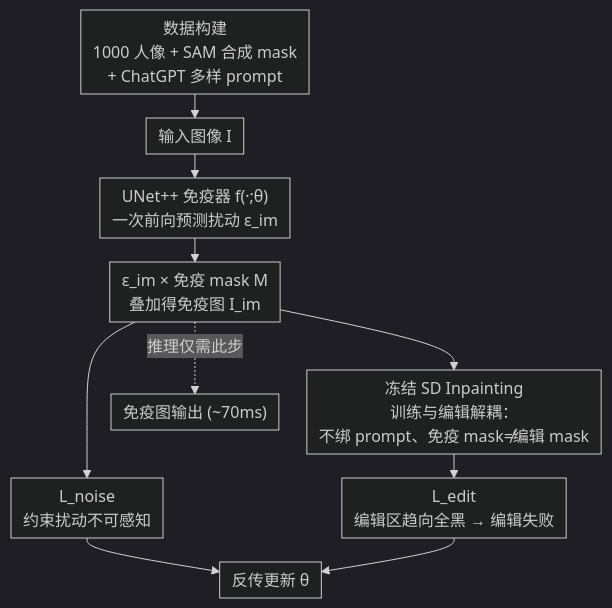
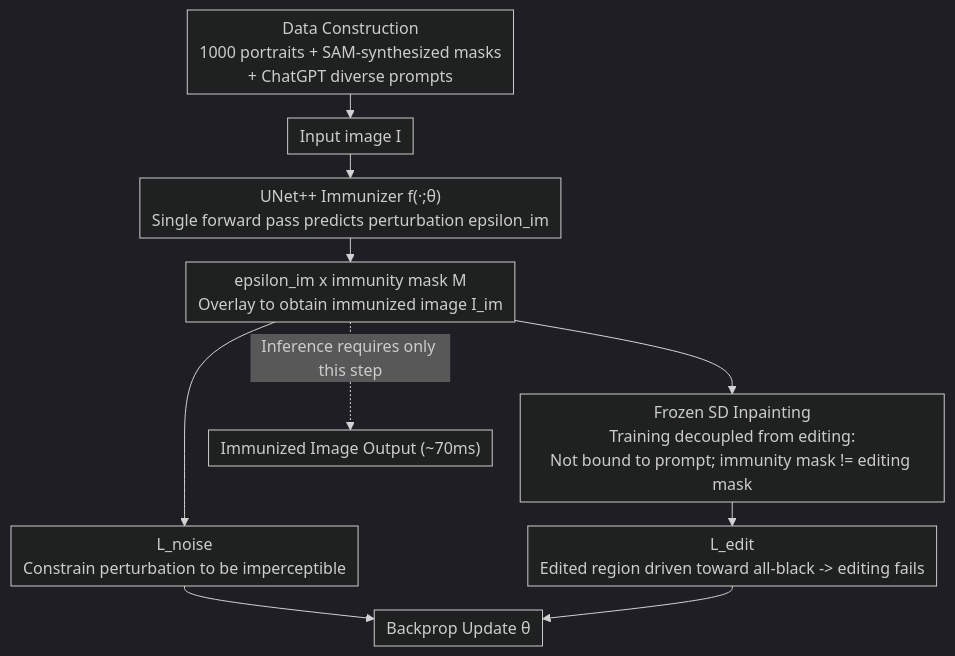
One commit to zhaoyang97/Paper-Notes-en changed the diagram in docs/ICLR2026/model_compression/diffvax_optimization-free_image_immunization_against_diffusion-based_editing.md. Above: the diagram before and after it, drawn with Mermaid (dark theme). The commit also changed 644 other files, not shown here.

````diff
--- a/docs/ICLR2026/model_compression/diffvax_optimization-free_image_immunization_against_diffusion-based_editing.md
+++ b/docs/ICLR2026/model_compression/diffvax_optimization-free_image_immunization_against_diffusion-based_editing.md
@@ -50,13 +50,13 @@
 ```mermaid
 %%{init: {'flowchart': {'rankSpacing': 24, 'nodeSpacing': 28, 'padding': 6, 'wrappingWidth': 400}}}%%
 flowchart TD
-    D["数据构建<br/>1000 人像 + SAM 合成 mask<br/>+ ChatGPT 多样 prompt"] --> I["输入图像 I"]
-    I --> F["UNet++ 免疫器 f(·;θ)<br/>一次前向预测扰动 ε_im"]
-    F --> A["ε_im × 免疫 mask M<br/>叠加得免疫图 I_im"]
-    A --> N["L_noise<br/>约束扰动不可感知"]
-    A --> S["冻结 SD Inpainting<br/>训练与编辑解耦：<br/>不绑 prompt、免疫 mask≠编辑 mask"]
-    S --> E["L_edit<br/>编辑区趋向全黑 → 编辑失败"]
-    N --> T["反传更新 θ"]
+    D["Data Construction<br/>1000 portraits + SAM-synthesized masks<br/>+ ChatGPT diverse prompts"] --> I["Input image I"]
+    I --> F["UNet++ Immunizer f(·;θ)<br/>Single forward pass predicts perturbation epsilon_im"]
+    F --> A["epsilon_im x immunity mask M<br/>Overlay to obtain immunized image I_im"]
+    A --> N["L_noise<br/>Constrain perturbation to be imperceptible"]
+    A --> S["Frozen SD Inpainting<br/>Training decoupled from editing:<br/>Not bound to prompt; immunity mask != editing mask"]
+    S --> E["L_edit<br/>Edited region driven toward all-black -> editing fails"]
+    N --> T["Backprop Update θ"]
     E --> T
-    A -.->|"推理仅需此步"| O["免疫图输出 (~70ms)"]
+    A -.->|"Inference requires only this step"| O["Immunized Image Output (~70ms)"]
 ```
````
